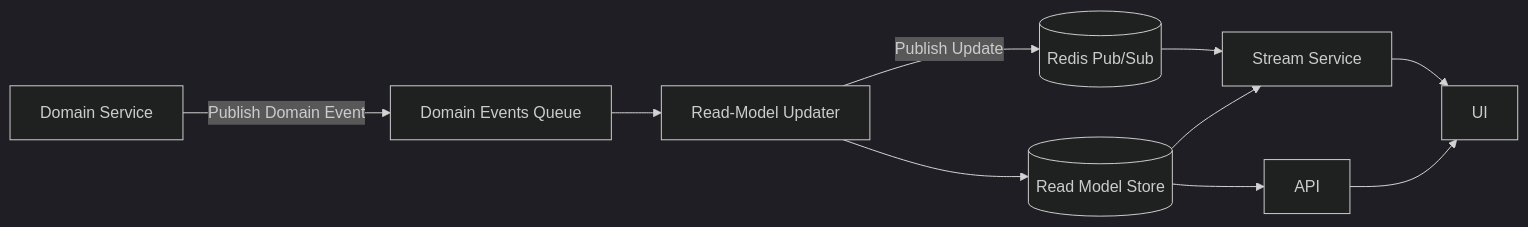
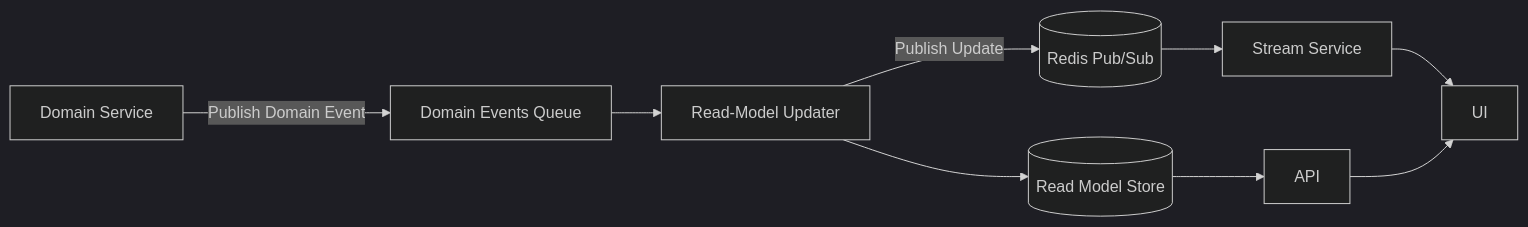
Before and after one commit to MisterVVP/prism-plan: the second of 2 diagrams in docs/event_flow.md, drawn with Mermaid (dark theme).

````diff
--- a/docs/event_flow.md
+++ b/docs/event_flow.md
@@ -24,12 +24,11 @@
 ```mermaid
 flowchart LR
     DS[Domain Service] -->|Publish Domain Event| DEQ[Domain Events Queue]
     DEQ --> RMU[Read-Model Updater]
     RMU --> RM[(Read Model Store)]
     RMU -->|Publish Update| REDIS[(Redis Pub/Sub)]
     REDIS --> SS[Stream Service]
     RM --> API
-    RM --> SS
     SS --> UI
     API --> UI
 ```
````
